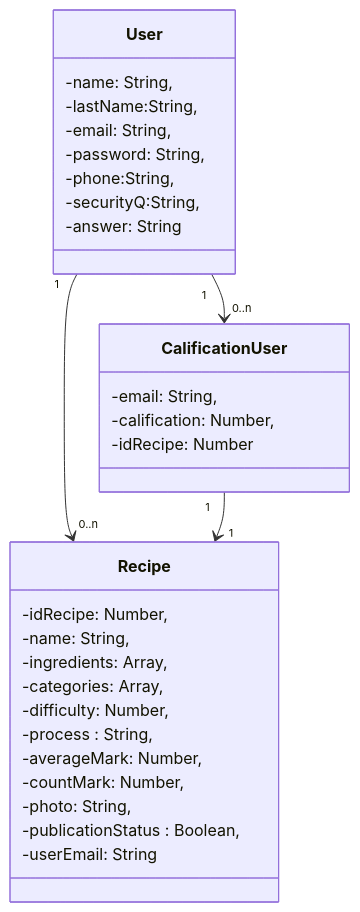
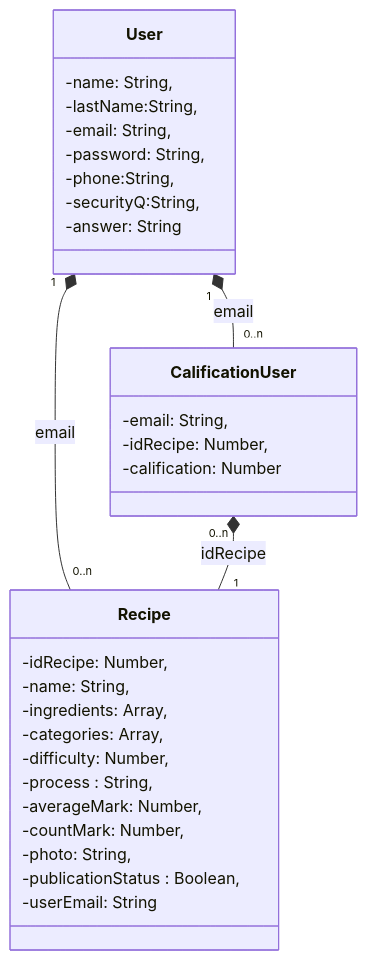
One commit to candelaesquivel/TPO_API_React changed the diagram in README.md. Above: the diagram before and after it, drawn with Mermaid. The commit also changed other lines of this file, not shown here.

````diff
--- a/README.md
+++ b/README.md
@@ -103,34 +96,34 @@
 ```mermaid
 classDiagram
  class User {
     -name: String,
     -lastName:String,
     -email: String,
     -password: String,
     -phone:String,
     -securityQ:String,
     -answer: String
   }
   class Recipe {
     -idRecipe: Number,
     -name: String,
     -ingredients: Array,
     -categories: Array,
     -difficulty: Number,
     -process : String,
     -averageMark: Number,
     -countMark: Number,
     -photo: String,
     -publicationStatus : Boolean,
     -userEmail: String 
     }
     class CalificationUser {
     -email: String,
-    -calification: Number,
-    -idRecipe: Number
+    -idRecipe: Number,
+     -calification: Number
     }
     
- User "1" --> "0..n" Recipe
- User "1" --> "0..n" CalificationUser
- CalificationUser "1" --> "1" Recipe
+ User "1" *-- "0..n" Recipe : email
+ User "1" *-- "0..n" CalificationUser : email
+ CalificationUser "0..n" *-- "1" Recipe : idRecipe
 ```
````
